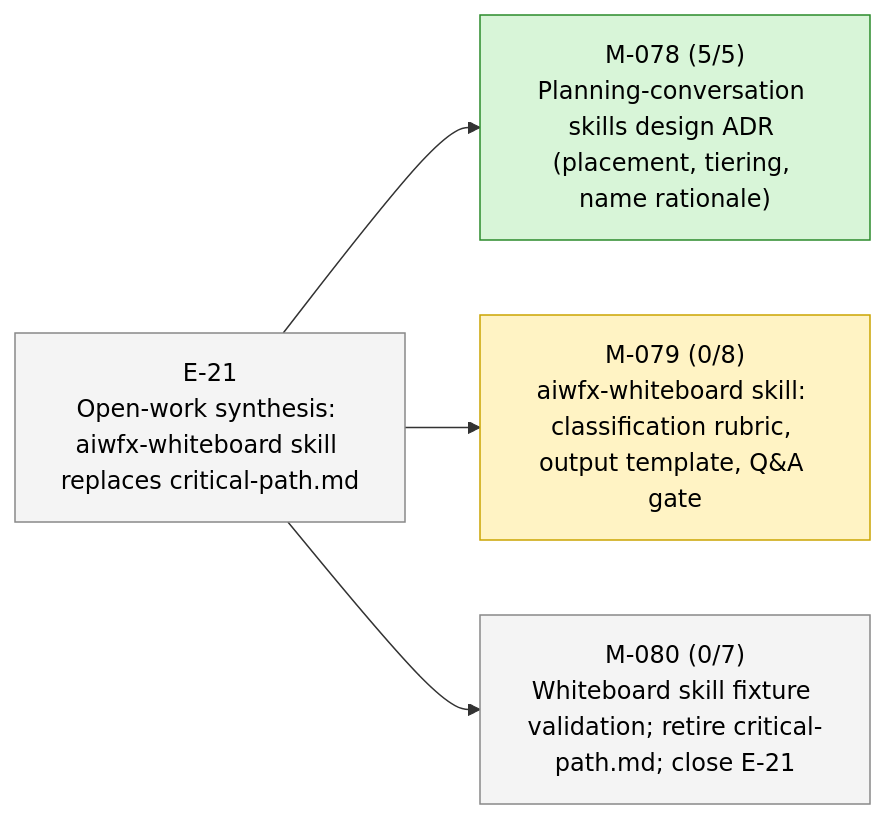
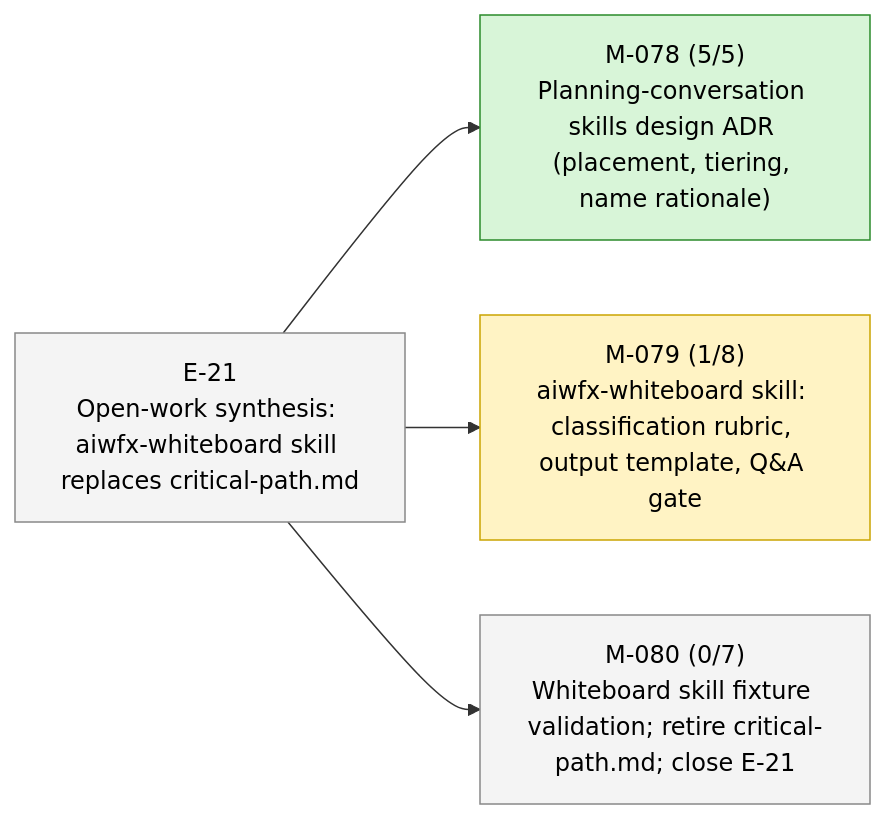
One commit to 23min/aiwf changed the second of 2 diagrams in STATUS.md. Above: the diagram before and after it, drawn with Mermaid. The commit also changed other lines of this file and 1 other file, not shown here.

````diff
--- a/STATUS.md
+++ b/STATUS.md
@@ -47,16 +47,16 @@
 ```mermaid
 flowchart LR
   E_21["E-21<br/>Open-work synthesis: aiwfx-whiteboard skill replaces critical-path.md"]:::epic_proposed
   M_078["M-078 (5/5)<br/>Planning-conversation skills design ADR (placement, tiering, name rationale)"]:::ms_done
   E_21 --> M_078
-  M_079["M-079 (0/8)<br/>aiwfx-whiteboard skill: classification rubric, output template, Q&A gate"]:::ms_in_progress
+  M_079["M-079 (1/8)<br/>aiwfx-whiteboard skill: classification rubric, output template, Q&A gate"]:::ms_in_progress
   E_21 --> M_079
   M_080["M-080 (0/7)<br/>Whiteboard skill fixture validation; retire critical-path.md; close E-21"]:::ms_draft
   E_21 --> M_080
   classDef epic_active fill:#d6eaff,stroke:#1a73e8,color:#000
   classDef epic_proposed fill:#f4f4f4,stroke:#888,color:#000
   classDef ms_done fill:#d8f5d8,stroke:#2a8a2a,color:#000
   classDef ms_in_progress fill:#fff3c4,stroke:#caa400,color:#000
   classDef ms_draft fill:#f4f4f4,stroke:#888,color:#000
   classDef ms_cancelled fill:#fbeaea,stroke:#c33,color:#000
 ```
````
